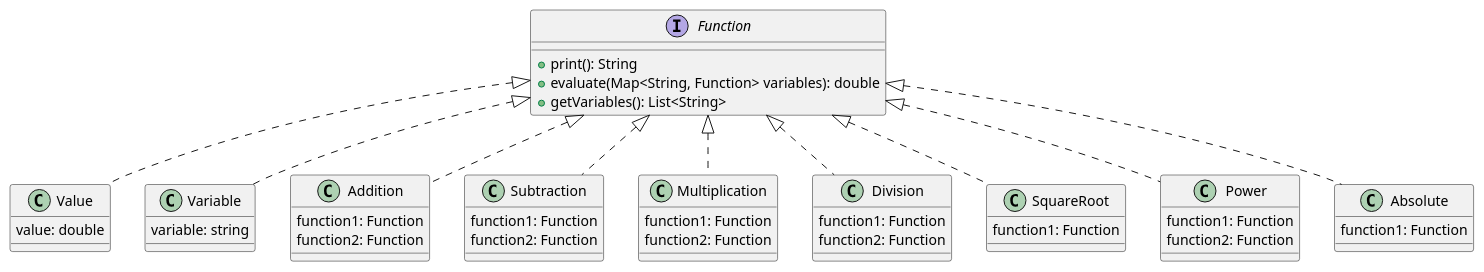
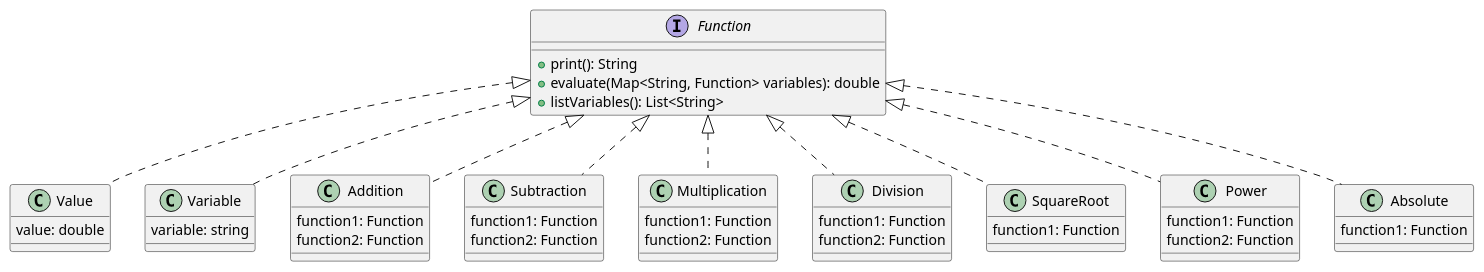
The diagram in src/diagrams/Composite.puml (austral-ingsis-classroom/formula-GermanoFelipe), drawn with PlantUML before and after one commit. The commit also changed 2 other files, not shown here.

```diff
--- a/src/diagrams/Composite.puml
+++ b/src/diagrams/Composite.puml
@@ -1,50 +1,50 @@
 @startuml
 interface Function {
     + print(): String
     + evaluate(Map<String, Function> variables): double
-    + getVariables(): List<String>
+    + listVariables(): List<String>
 }
 
 class Value implements Function{
     value: double
 }
 
 class Variable implements Function{
     variable: string
 }
 
 class Addition implements Function{
     function1: Function
     function2: Function
 }
 
 class Subtraction implements Function{
     function1: Function
     function2: Function
 }
 
 class Multiplication implements Function{
     function1: Function
     function2: Function
 }
 
 class Division implements Function{
     function1: Function
     function2: Function
 }
 
 class SquareRoot implements Function{
     function1: Function
 }
 
 class Power implements Function{
     function1: Function
     function2: Function
 }
 
 class Absolute implements Function{
     function1: Function
 }
 
 
 @enduml
```
